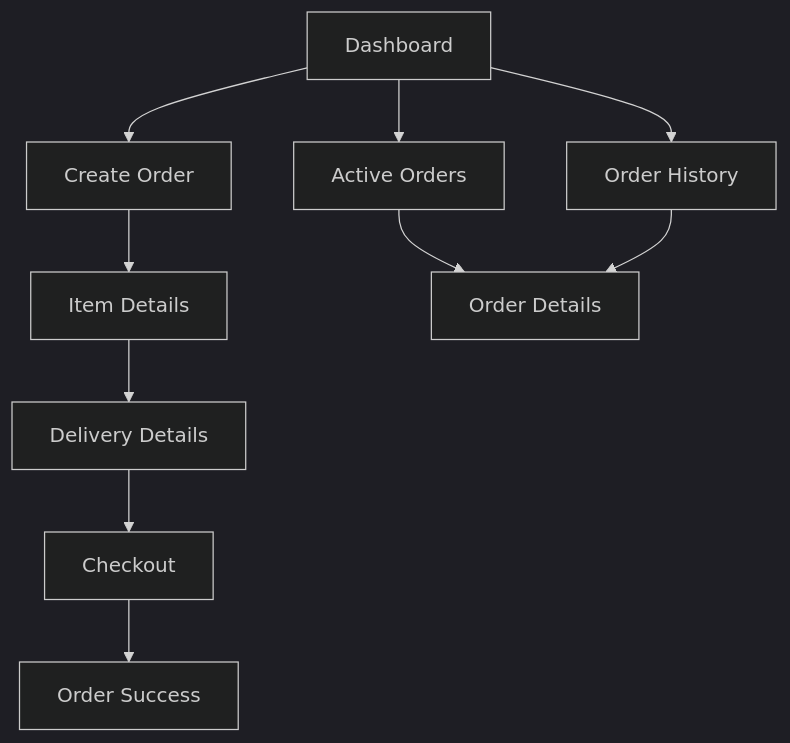
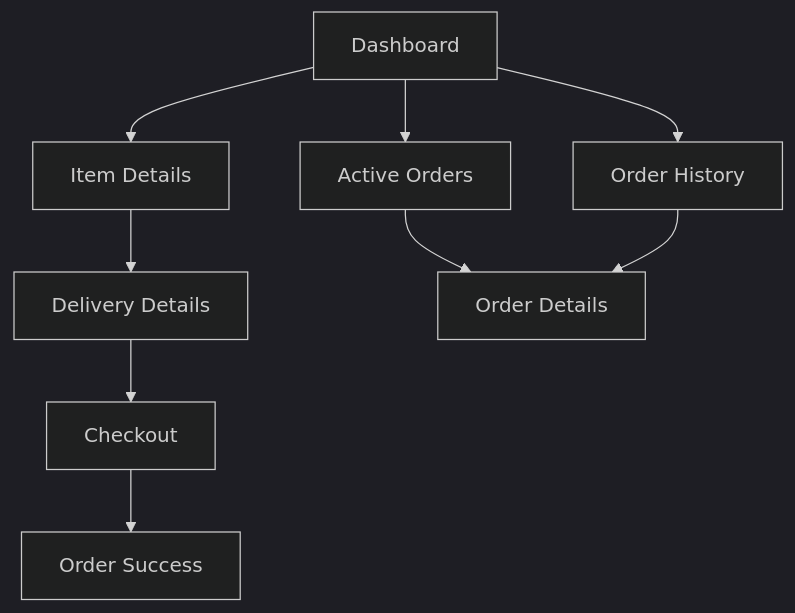
Before and after one commit to onyedinma/Alphalogistics: the diagram in docs/customer-module.md, drawn with Mermaid (dark theme). The commit also changed other lines of this file and 7 other files, not shown here.

````diff
--- a/docs/customer-module.md
+++ b/docs/customer-module.md
@@ -7,12 +7,11 @@
 ```mermaid
 graph TD
-    A[Dashboard] --> B[Create Order]
-    B --> C[Item Details]
-    C --> D[Delivery Details]
-    D --> E[Checkout]
-    E --> F[Order Success]
-    A --> G[Active Orders]
-    A --> H[Order History]
-    G --> I[Order Details]
-    H --> I
+    A[Dashboard] --> B[Item Details]
+    B --> C[Delivery Details]
+    C --> D[Checkout]
+    D --> E[Order Success]
+    A --> F[Active Orders]
+    A --> G[Order History]
+    F --> H[Order Details]
+    G --> H
 ```
````
